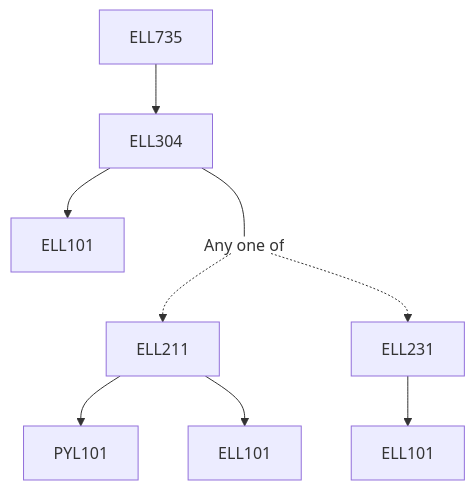
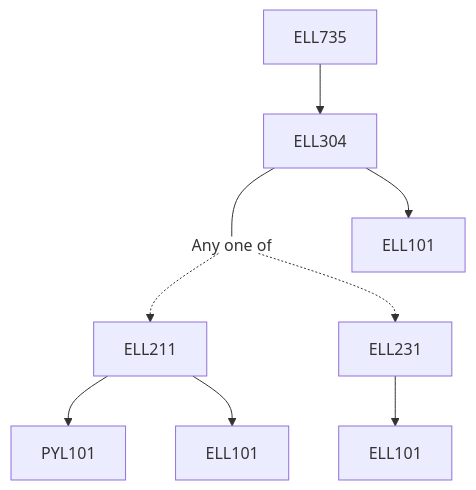
Before and after one commit to KeshavBansal0122/CoS_Website: the diagram in content/Electrical Engineering/ELL735.md, drawn with Mermaid. The commit also changed other lines of this file and 392 other files, not shown here.

````diff
--- a/content/Electrical Engineering/ELL735.md
+++ b/content/Electrical Engineering/ELL735.md
@@ -13,15 +13,15 @@
 ```mermaid
 flowchart TD
 ELL735-355[ELL735]
-ELL735-355 --> ELL304-355[ELL304]
-ELL304-355 --> ELL101-355[ELL101]
 ELL304-355 --- Or356[Any one of]:::empty
 ELL211-357 --> PYL101-357[PYL101]
+Or356 -.-> ELL211-357[ELL211]
 ELL211-357 --> ELL101-357[ELL101]
-Or356 -.-> ELL211-357[ELL211]
 ELL231-358 --> ELL101-358[ELL101]
 Or356 -.-> ELL231-358[ELL231]
+ELL304-355 --> ELL101-355[ELL101]
+ELL735-355 --> ELL304-355[ELL304]
 
 classDef empty height:17px, fill:transparent, stroke:transparent;
 classDef trueEmpty height:0px, width:0px;
 ```
````
